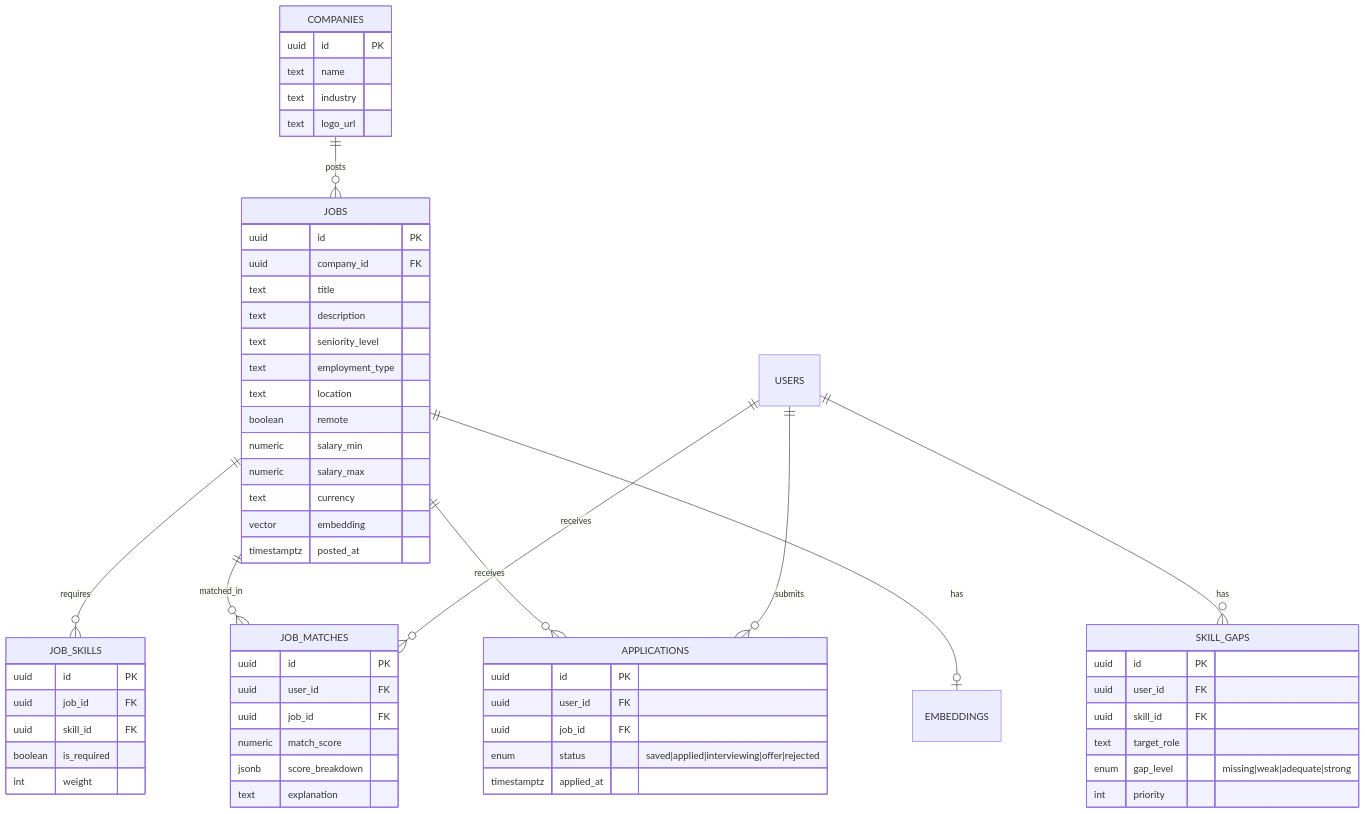
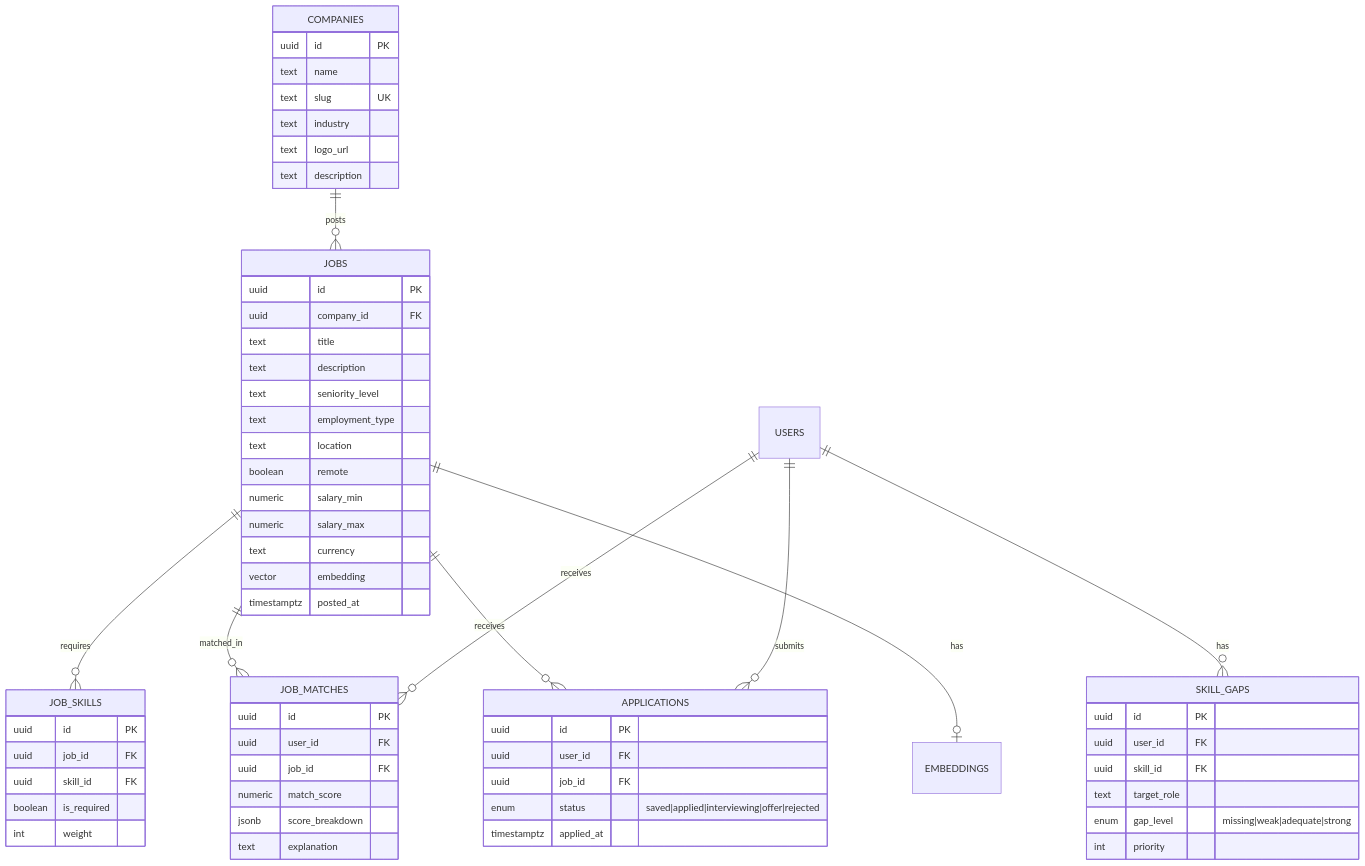
One commit to ArhamMinhas/CareerAI changed the third of 6 diagrams in docs/DATABASE.md. Above: the diagram before and after it, drawn with Mermaid. The commit also changed other lines of this file and 7 other files, not shown here.

````diff
--- a/docs/DATABASE.md
+++ b/docs/DATABASE.md
@@ -123,63 +125,65 @@
 ```mermaid
 erDiagram
     COMPANIES ||--o{ JOBS : posts
     JOBS ||--o{ JOB_SKILLS : requires
     JOBS ||--o{ JOB_MATCHES : matched_in
     JOBS ||--o{ APPLICATIONS : receives
     JOBS ||--o| EMBEDDINGS : has
     USERS ||--o{ JOB_MATCHES : receives
     USERS ||--o{ APPLICATIONS : submits
     USERS ||--o{ SKILL_GAPS : has
 
     COMPANIES {
         uuid id PK
         text name
+        text slug UK
         text industry
         text logo_url
+        text description
     }
     JOBS {
         uuid id PK
         uuid company_id FK
         text title
         text description
         text seniority_level
         text employment_type
         text location
         boolean remote
         numeric salary_min
         numeric salary_max
         text currency
         vector embedding
         timestamptz posted_at
     }
     JOB_SKILLS {
         uuid id PK
         uuid job_id FK
         uuid skill_id FK
         boolean is_required
         int weight
     }
     JOB_MATCHES {
         uuid id PK
         uuid user_id FK
         uuid job_id FK
         numeric match_score
         jsonb score_breakdown
         text explanation
     }
     APPLICATIONS {
         uuid id PK
         uuid user_id FK
         uuid job_id FK
         enum status "saved|applied|interviewing|offer|rejected"
         timestamptz applied_at
     }
     SKILL_GAPS {
         uuid id PK
         uuid user_id FK
         uuid skill_id FK
         text target_role
         enum gap_level "missing|weak|adequate|strong"
         int priority
     }
 ```
````
